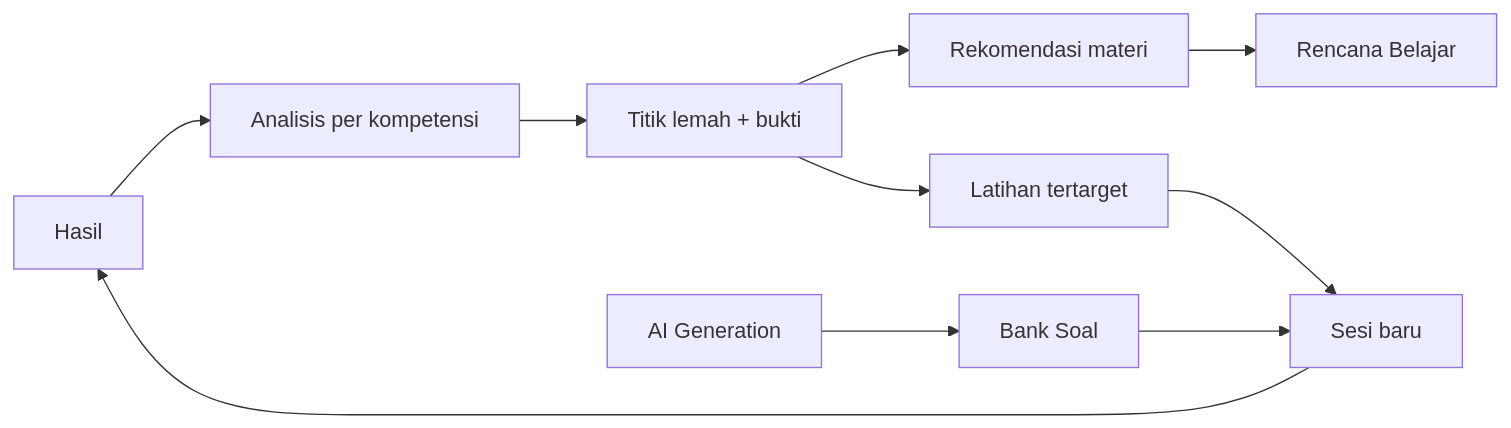
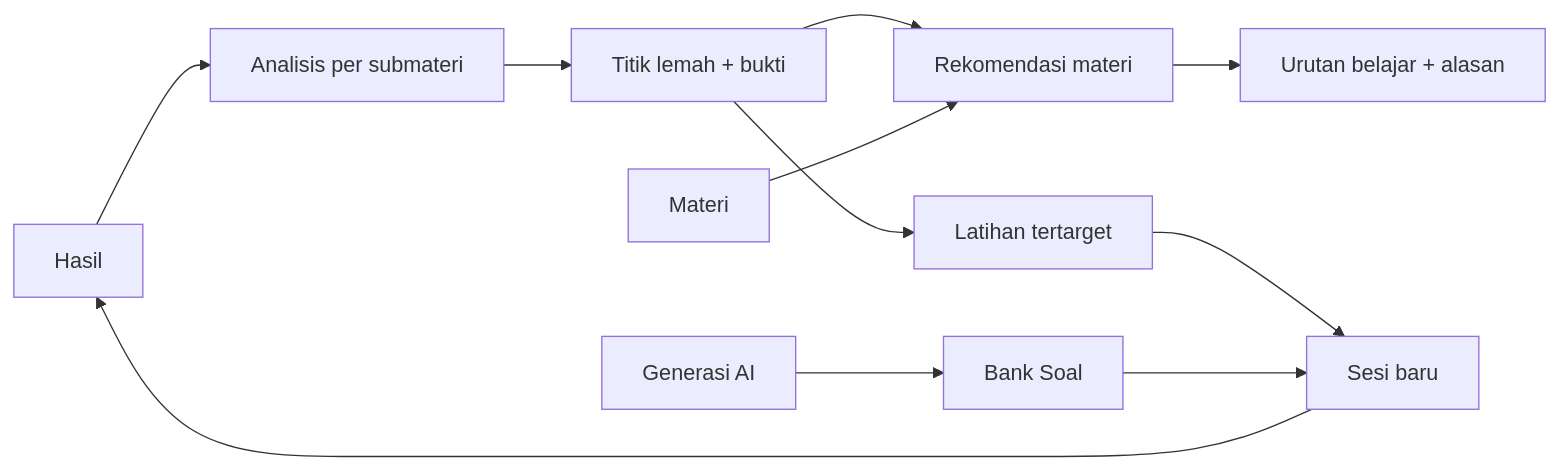
One commit to Sakbanullah/tryoutsim changed the diagram in docs/product/PRD.md. Above: the diagram before and after it, drawn with Mermaid. The commit also changed other lines of this file and 74 other files, not shown here.

````diff
--- a/docs/product/PRD.md
+++ b/docs/product/PRD.md
@@ -81,12 +118,13 @@
 ```mermaid
 flowchart LR
-  A[Hasil] --> B[Analisis per kompetensi]
+  A[Hasil] --> B[Analisis per submateri]
   B --> C[Titik lemah + bukti]
   C --> D[Rekomendasi materi]
   C --> E[Latihan tertarget]
-  D --> F[Rencana Belajar]
+  D --> F[Urutan belajar + alasan]
   E --> G[Sesi baru]
   G --> A
-  H[AI Generation] --> I[Bank Soal]
+  H[Generasi AI] --> I[Bank Soal]
+  J[Materi] --> D
   I --> G
 ```
````
